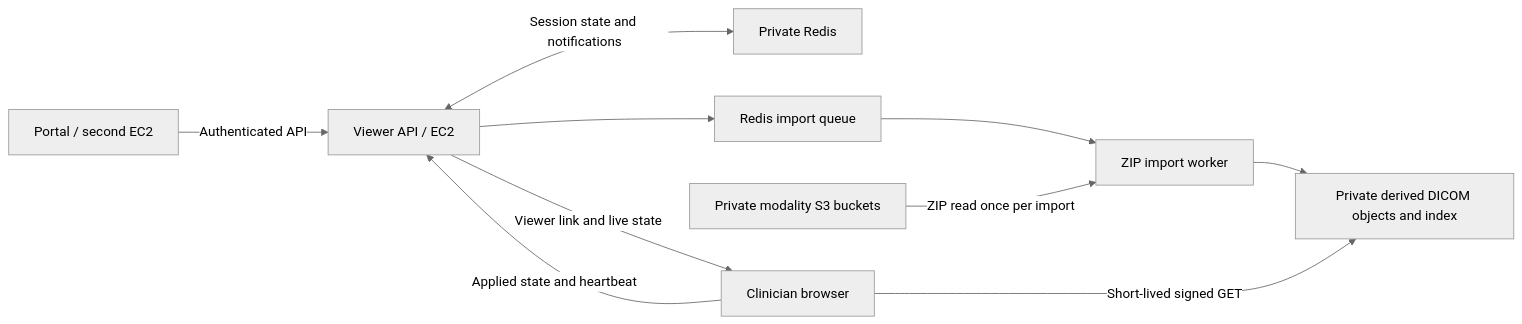
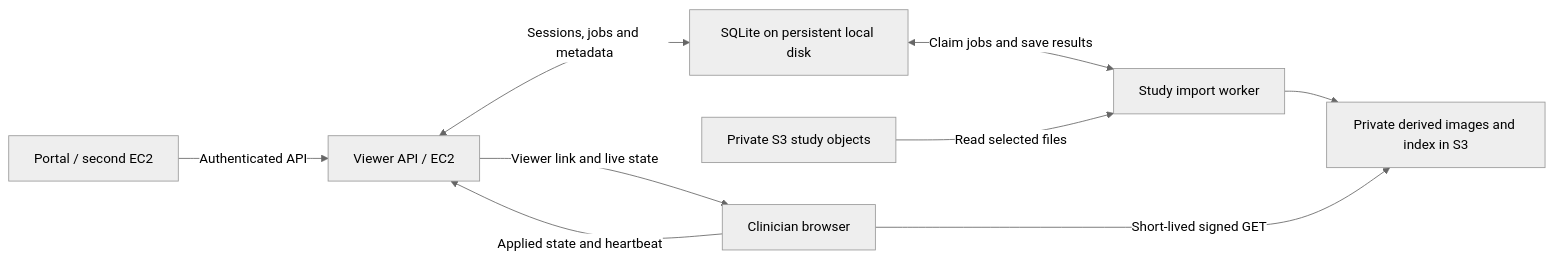
The diagram in docs/ec2-viewer-service.md (AnimeshAwasthi-Dv/Dicom_Viewer_3D), drawn with Mermaid (neutral theme) before and after one commit. The commit also changed other lines of this file and 44 other files, not shown here.

Commit message:
Add mixed image study imports and Redis-free persistence

````diff
--- a/docs/ec2-viewer-service.md
+++ b/docs/ec2-viewer-service.md
@@ -5,12 +5,11 @@
 ```mermaid
 flowchart LR
   P[Portal / second EC2] -->|Authenticated API| V[Viewer API / EC2]
-  V <-->|Session state and notifications| R[Private Redis]
-  V --> Q[Redis import queue]
-  Q --> W[ZIP import worker]
-  S[Private modality S3 buckets] -->|ZIP read once per import| W
-  W --> D[Private derived DICOM objects and index]
+  V <-->|Sessions, jobs and metadata| Q[SQLite on persistent local disk]
+  Q <-->|Claim jobs and save results| W[Study import worker]
+  S[Private S3 study objects] -->|Read selected files| W
+  W --> D[Private derived images and index in S3]
   V -->|Viewer link and live state| B[Clinician browser]
   B -->|Short-lived signed GET| D
   B -->|Applied state and heartbeat| V
 ```
````
